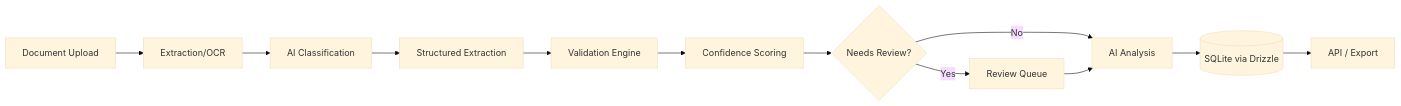
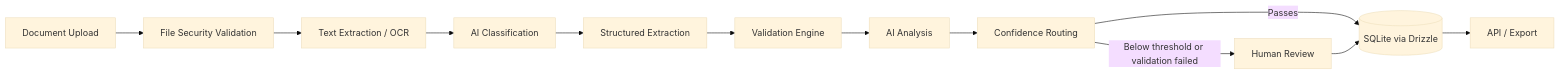
One commit to mehranmls4-arch/ai-document-intelligence-agent changed the diagram in README.md. Above: the diagram before and after it, drawn with Mermaid (base theme). The commit also changed other lines of this file, not shown here.

Commit message:
docs: polish repository for GitHub portfolio

````diff
--- a/README.md
+++ b/README.md
@@ -53,14 +56,14 @@
 ```mermaid
 flowchart LR
-    A[Document Upload] --> B[Extraction/OCR]
-    B --> C[AI Classification]
-    C --> D[Structured Extraction]
-    D --> E[Validation Engine]
-    E --> F[Confidence Scoring]
-    F --> G{Needs Review?}
-    G -->|Yes| H[Review Queue]
-    G -->|No| I[AI Analysis]
-    H --> I
-    I --> J[(SQLite via Drizzle)]
+    A[Document Upload] --> B[File Security Validation]
+    B --> C[Text Extraction / OCR]
+    C --> D[AI Classification]
+    D --> E[Structured Extraction]
+    E --> F[Validation Engine]
+    F --> G[AI Analysis]
+    G --> H[Confidence Routing]
+    H -->|Below threshold or validation failed| I[Human Review]
+    H -->|Passes| J[(SQLite via Drizzle)]
+    I --> J
     J --> K[API / Export]
 ```
````
